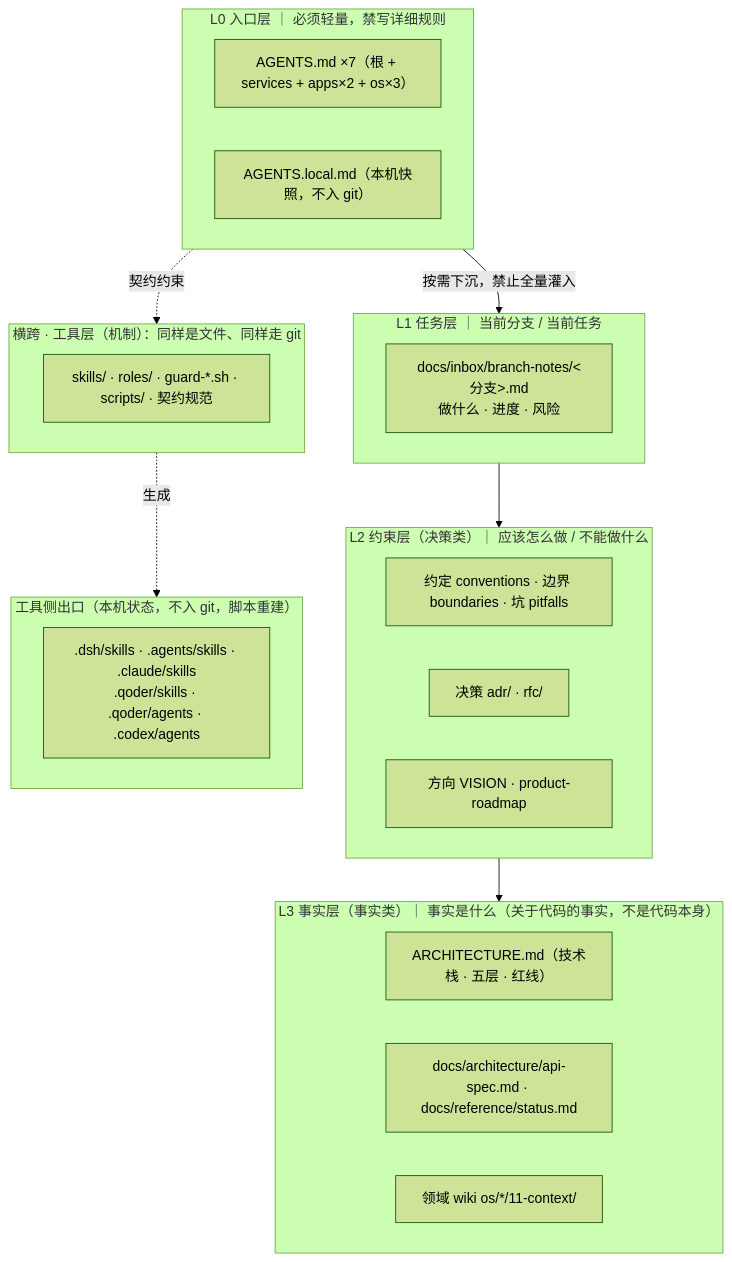
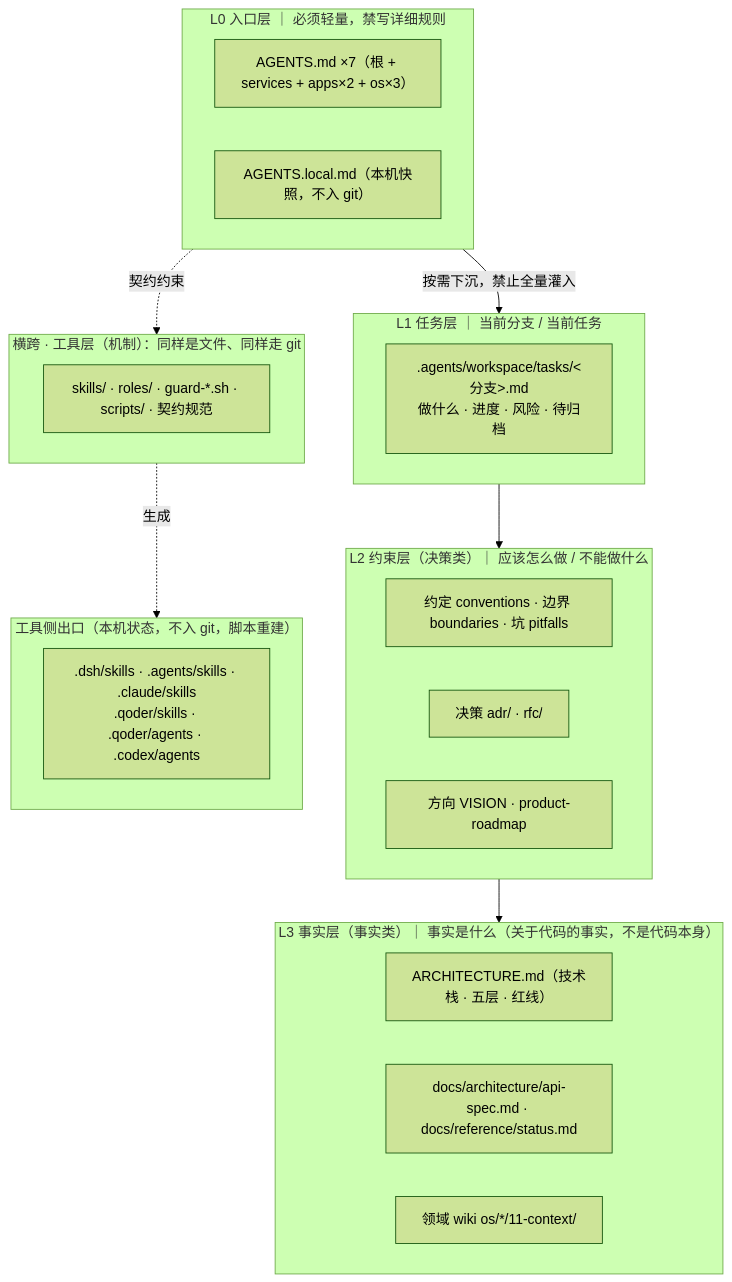
One commit to adaios/adaios changed the first of 6 diagrams in docs/architecture/ai-context-engineering.md. Above: the diagram before and after it, drawn with Mermaid (forest theme). The commit also changed other lines of this file and 7 other files, not shown here.

First line of the commit message:
feat(agents): L1 任务层落地 —— .agents/workspace/tasks/（分支本地账本）

````diff
--- a/docs/architecture/ai-context-engineering.md
+++ b/docs/architecture/ai-context-engineering.md
@@ -27,31 +27,31 @@
 ```mermaid
 flowchart TB
     subgraph L0["L0 入口层 ｜ 必须轻量，禁写详细规则"]
         A1["AGENTS.md ×7（根 + services + apps×2 + os×3）"]
         A2["AGENTS.local.md（本机快照，不入 git）"]
     end
     subgraph L1["L1 任务层 ｜ 当前分支 / 当前任务"]
-        B1["docs/inbox/branch-notes/&lt;分支&gt;.md<br/>做什么 · 进度 · 风险"]
+        B1[".agents/workspace/tasks/&lt;分支&gt;.md<br/>做什么 · 进度 · 风险 · 待归档"]
     end
     subgraph L2["L2 约束层（决策类）｜ 应该怎么做 / 不能做什么"]
         C1["约定 conventions · 边界 boundaries · 坑 pitfalls"]
         C2["决策 adr/ · rfc/"]
         C3["方向 VISION · product-roadmap"]
     end
     subgraph L3["L3 事实层（事实类）｜ 事实是什么（关于代码的事实，不是代码本身）"]
         D1["ARCHITECTURE.md（技术栈 · 五层 · 红线）"]
         D2["docs/architecture/api-spec.md · docs/reference/status.md"]
         D3["领域 wiki os/*/11-context/"]
     end
     subgraph TOOL["横跨 · 工具层（机制）：同样是文件、同样走 git"]
         E1["skills/ · roles/ · guard-*.sh · scripts/ · 契约规范"]
     end
     subgraph OUT["工具侧出口（本机状态，不入 git，脚本重建）"]
         F1[".dsh/skills · .agents/skills · .claude/skills<br/>.qoder/skills · .qoder/agents · .codex/agents"]
     end
     L0 -->|按需下沉，禁止全量灌入| L1
     L1 --> L2
     L2 --> L3
     TOOL -.->|生成| OUT
     L0 -.->|契约约束| TOOL
 ```
````
